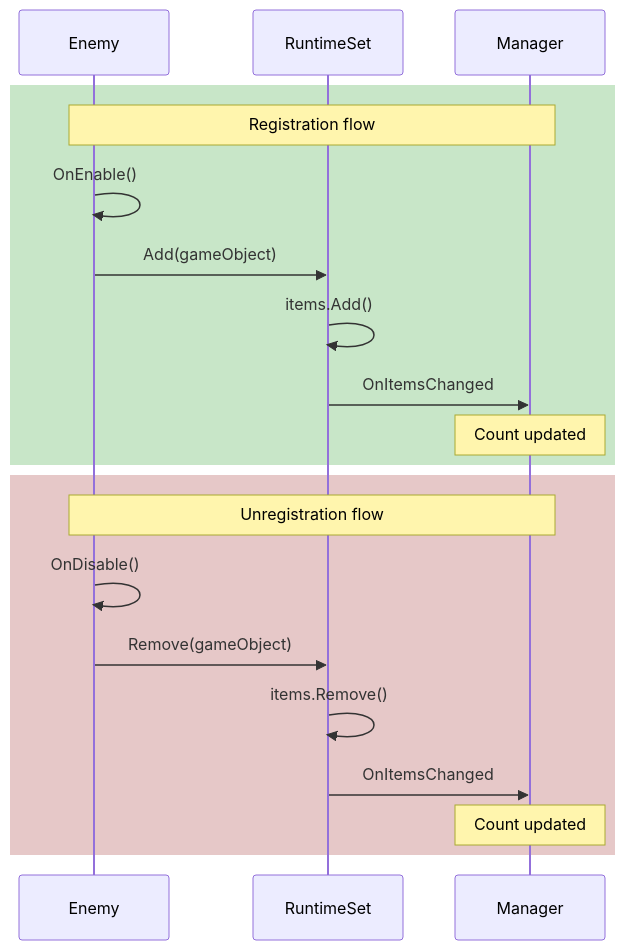
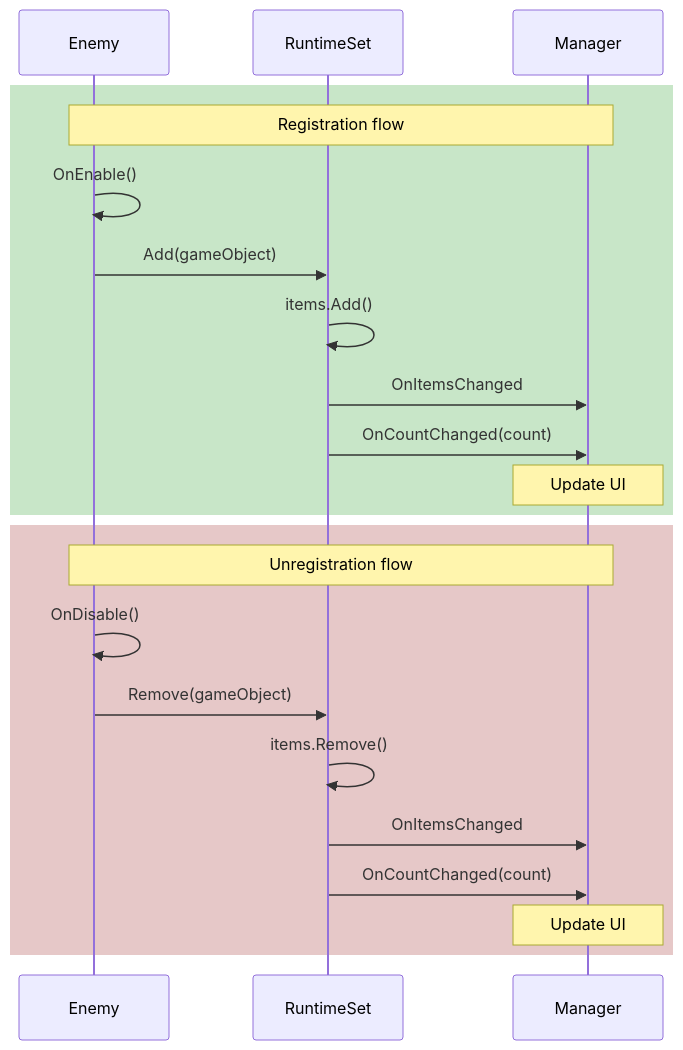
Before and after one commit to tang3cko/ReactiveSO-docs: the diagram in en/guides/runtime-sets.md, drawn with Mermaid. The commit also changed 13 other files, not shown here.

Commit message:
docs: fix SO persistence claims and add missing OnCountChanged to diagram

````diff
--- a/en/guides/runtime-sets.md
+++ b/en/guides/runtime-sets.md
@@ -41,24 +41,26 @@
 ```mermaid
 sequenceDiagram
     participant E as Enemy
     participant RS as RuntimeSet
     participant M as Manager
 
     rect rgb(200, 230, 200)
     Note over E,M: Registration flow
     E->>E: OnEnable()
     E->>RS: Add(gameObject)
     RS->>RS: items.Add()
     RS->>M: OnItemsChanged
-    Note over M: Count updated
+    RS->>M: OnCountChanged(count)
+    Note over M: Update UI
     end
 
     rect rgb(230, 200, 200)
     Note over E,M: Unregistration flow
     E->>E: OnDisable()
     E->>RS: Remove(gameObject)
     RS->>RS: items.Remove()
     RS->>M: OnItemsChanged
-    Note over M: Count updated
+    RS->>M: OnCountChanged(count)
+    Note over M: Update UI
     end
 ```
````
